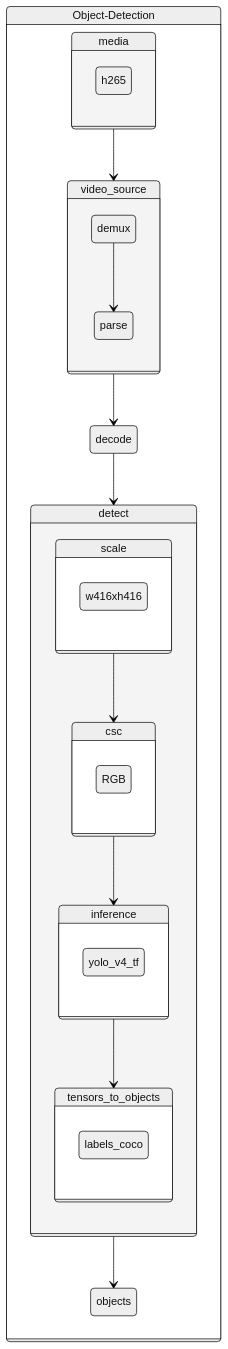
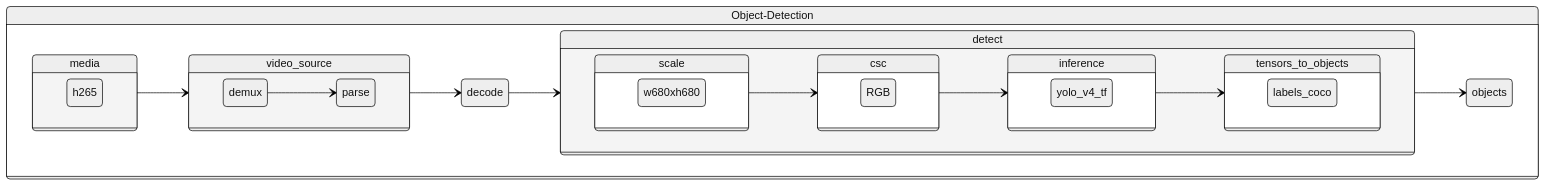
One commit to dlstreamer/pipeline-zoo changed the diagram in pipelines/video/object-detection/od-h265-yolo-v4-tf/README.md. Above: the diagram before and after it, drawn with Mermaid (neutral theme). The commit also changed 118 other files, not shown here.

````diff
--- a/pipelines/video/object-detection/od-h265-yolo-v4-tf/README.md
+++ b/pipelines/video/object-detection/od-h265-yolo-v4-tf/README.md
@@ -5,40 +5,47 @@
 ```mermaid
 stateDiagram
-
+    direction LR
     state Object-Detection {
-
+    direction LR
     state media {
+    direction LR
     h265
     }
 
     state video_source {
+    direction LR
 		demux --> parse
     }
 
     state detect {
+     direction LR
     state scale {
-      w416xh416
+      direction LR
+      w680xh680
     }
     state csc {
+    direction LR
     RGB
     }
 
     state inference {
+    direction LR
     yolo_v4_tf
     }
 
     state tensors_to_objects {
+    direction LR
     labels_coco
     }
 
 		scale --> csc
 		csc --> inference
 		inference --> tensors_to_objects
     }
 
     media --> video_source
     video_source --> decode
     decode --> detect
     detect --> objects
 }
 ```
````
